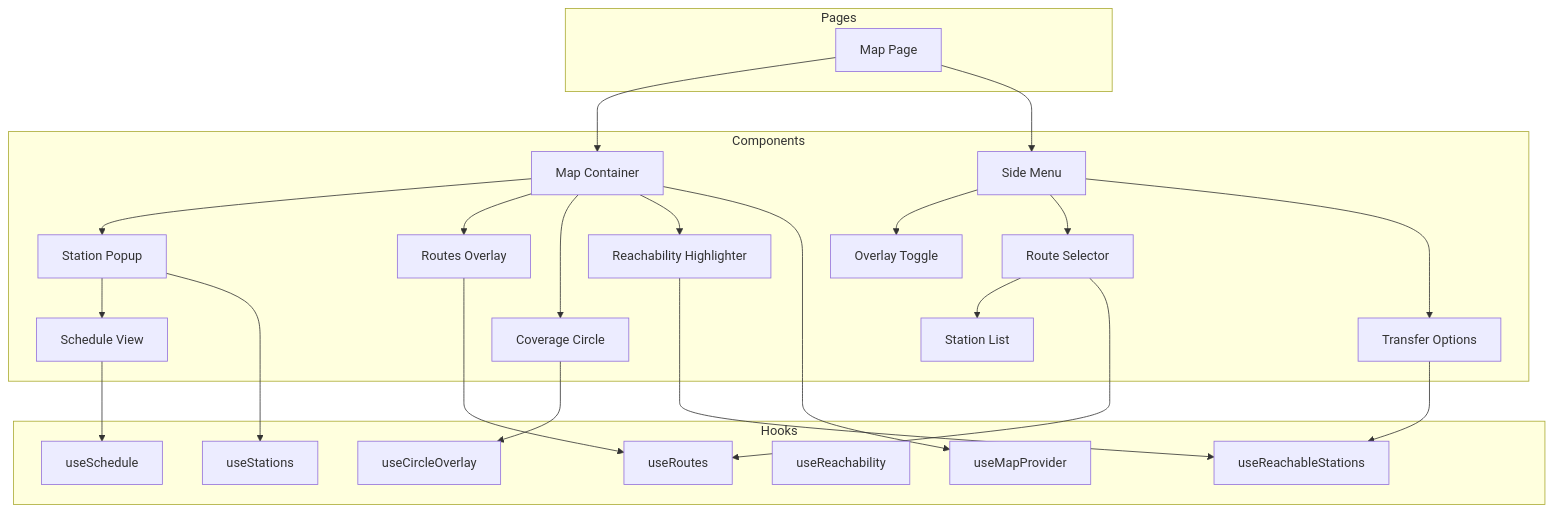
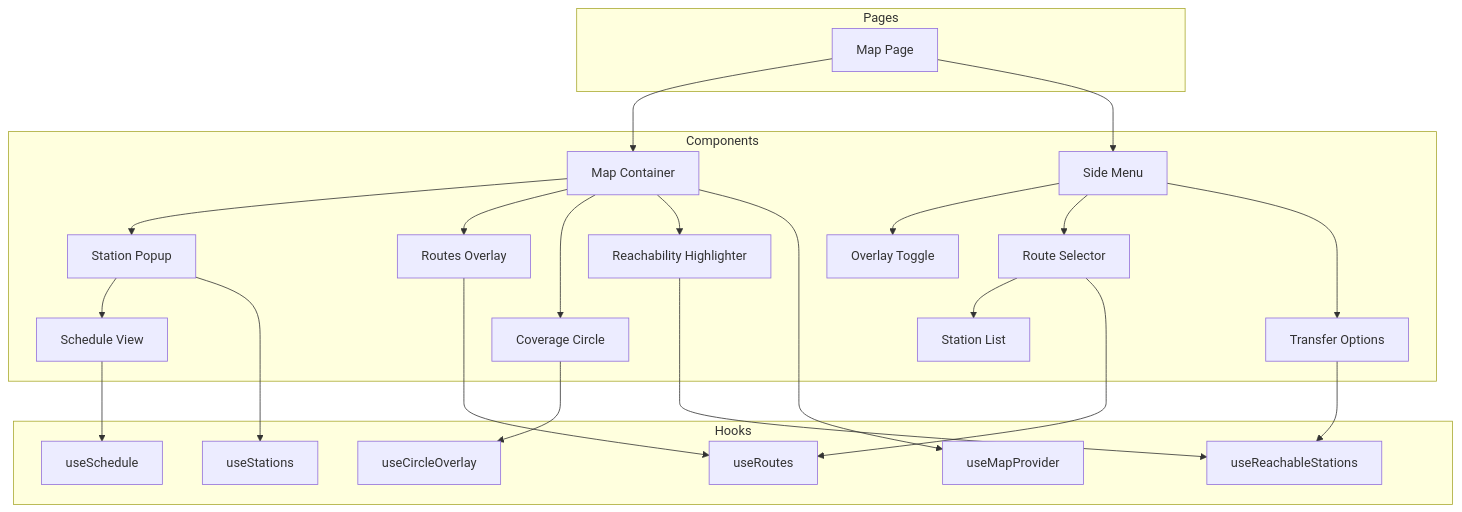
Before and after one commit to stone-w4tch3r/where2: the second of 5 diagrams in prompts/arch.md, drawn with Mermaid. The commit also changed other lines of this file and 12 other files, not shown here.

````diff
--- a/prompts/arch.md
+++ b/prompts/arch.md
@@ -103,51 +48,50 @@
 ```mermaid
 flowchart TD
     subgraph "Pages"
         MapPage[Map Page]
     end
-    
+
     subgraph "Components"
         MapContainer[Map Container]
         SideMenu[Side Menu]
         StationPopup[Station Popup]
         RouteSelector[Route Selector]
         RoutesOverlay[Routes Overlay]
         StationList[Station List]
         ScheduleView[Schedule View]
         CoverageCircle[Coverage Circle]
         ReachabilityHighlight[Reachability Highlighter]
         OverlayToggle[Overlay Toggle]
         TransferOptions[Transfer Options]
     end
-    
+
     subgraph "Hooks"
         useMapProvider[useMapProvider]
         useStations[useStations]
         useRoutes[useRoutes]
         useSchedule[useSchedule]
-        useReachability[useReachability]
         useReachableStations[useReachableStations]
         useCircleOverlay[useCircleOverlay]
     end
-    
+
     MapPage --> MapContainer
     MapPage --> SideMenu
     MapContainer --> StationPopup
     MapContainer --> RoutesOverlay
     MapContainer --> CoverageCircle
     MapContainer --> ReachabilityHighlight
     SideMenu --> OverlayToggle
     SideMenu --> RouteSelector
     SideMenu --> TransferOptions
     RouteSelector --> StationList
     StationPopup --> ScheduleView
-    
+
     MapContainer --> useMapProvider
     StationPopup --> useStations
     RoutesOverlay --> useRoutes
     RouteSelector --> useRoutes
     ScheduleView --> useSchedule
     CoverageCircle --> useCircleOverlay
     ReachabilityHighlight --> useReachableStations
     TransferOptions --> useReachableStations
 ```
````
